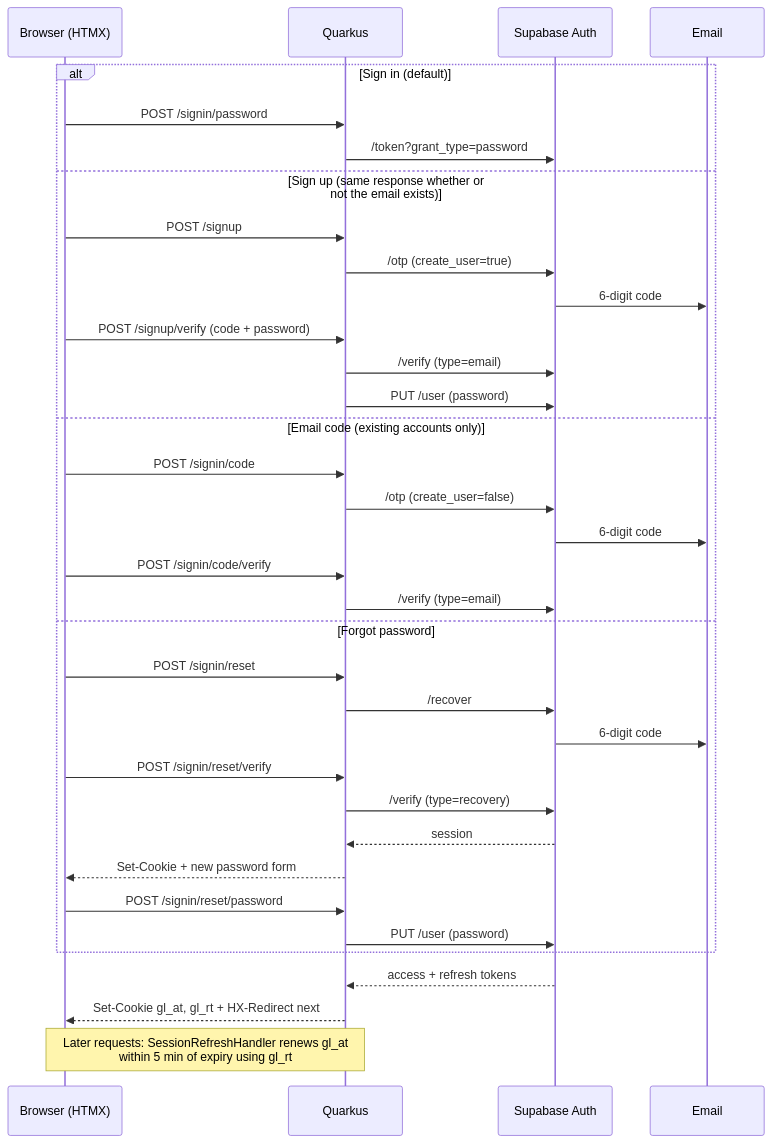
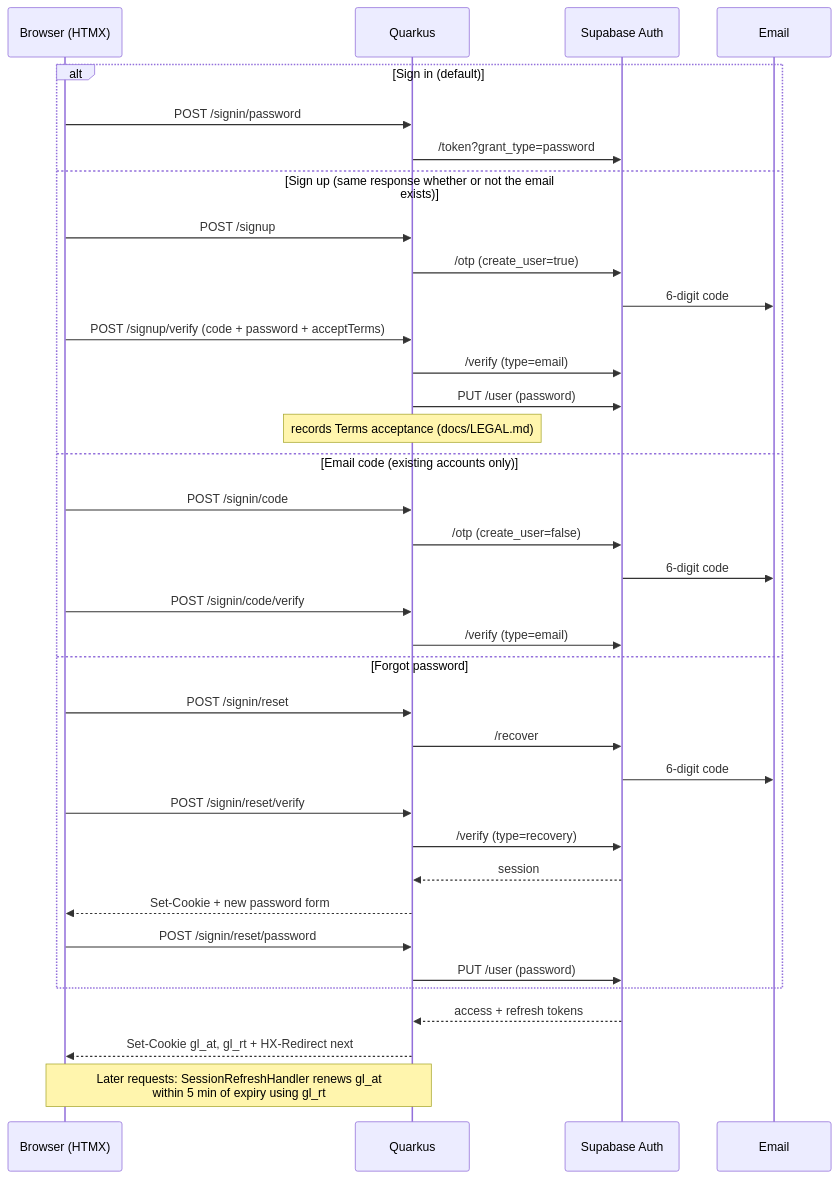
One commit to colllten/giftloop changed the ninth of 9 diagrams in docs/ARCHITECTURE.md. Above: the diagram before and after it, drawn with Mermaid. The commit also changed other lines of this file and 30 other files, not shown here.

````diff
--- a/docs/ARCHITECTURE.md
+++ b/docs/ARCHITECTURE.md
@@ -289,37 +289,38 @@
 ```mermaid
 sequenceDiagram
   participant B as Browser (HTMX)
   participant Q as Quarkus
   participant A as Supabase Auth
   participant M as Email
   alt Sign in (default)
     B->>Q: POST /signin/password
     Q->>A: /token?grant_type=password
   else Sign up (same response whether or not the email exists)
     B->>Q: POST /signup
     Q->>A: /otp (create_user=true)
     A->>M: 6-digit code
-    B->>Q: POST /signup/verify (code + password)
+    B->>Q: POST /signup/verify (code + password + acceptTerms)
     Q->>A: /verify (type=email)
     Q->>A: PUT /user (password)
+    Note over Q: records Terms acceptance (docs/LEGAL.md)
   else Email code (existing accounts only)
     B->>Q: POST /signin/code
     Q->>A: /otp (create_user=false)
     A->>M: 6-digit code
     B->>Q: POST /signin/code/verify
     Q->>A: /verify (type=email)
   else Forgot password
     B->>Q: POST /signin/reset
     Q->>A: /recover
     A->>M: 6-digit code
     B->>Q: POST /signin/reset/verify
     Q->>A: /verify (type=recovery)
     A-->>Q: session
     Q-->>B: Set-Cookie + new password form
     B->>Q: POST /signin/reset/password
     Q->>A: PUT /user (password)
   end
   A-->>Q: access + refresh tokens
   Q-->>B: Set-Cookie gl_at, gl_rt + HX-Redirect next
   Note over B,Q: Later requests: SessionRefreshHandler renews gl_at<br/>within 5 min of expiry using gl_rt
 ```
````
